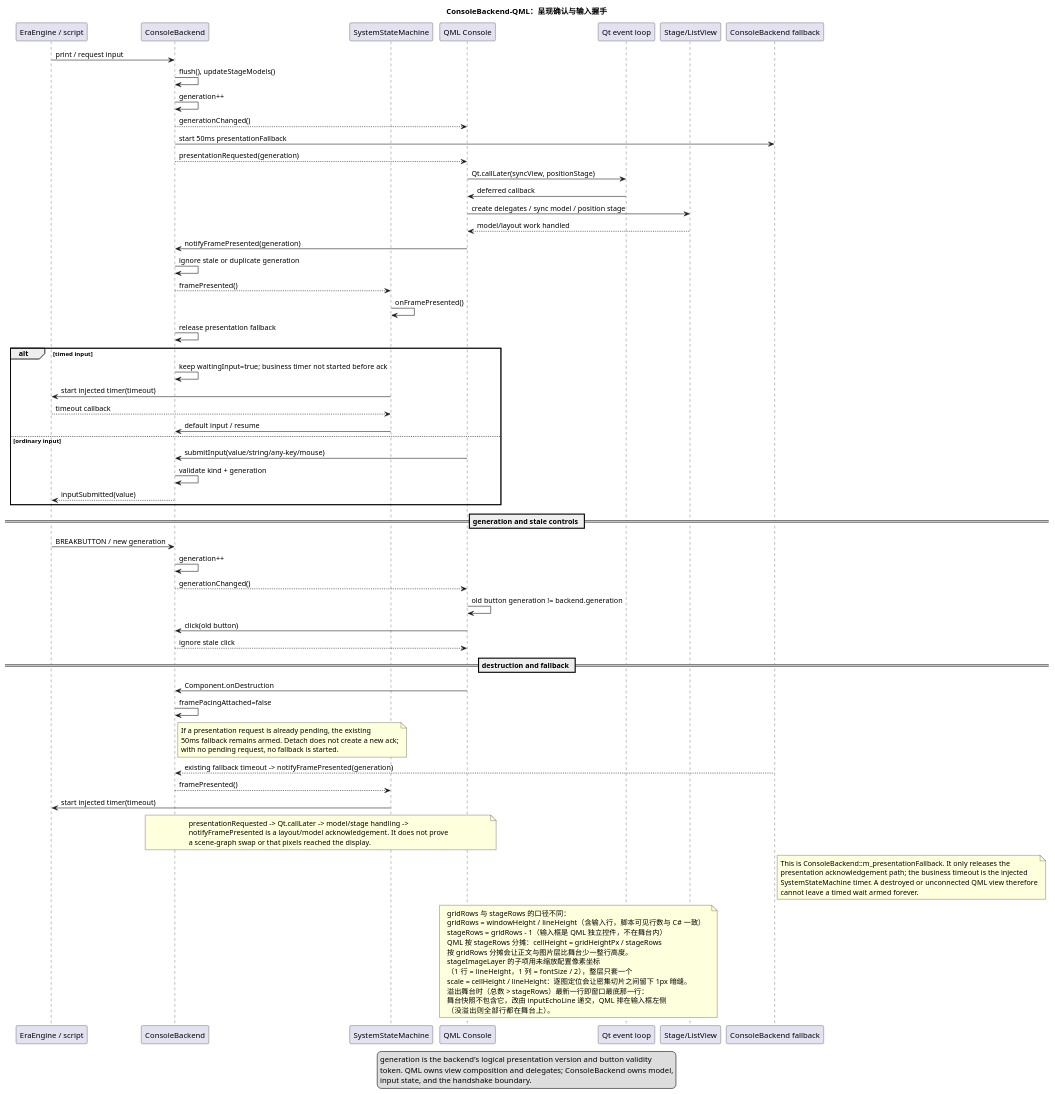
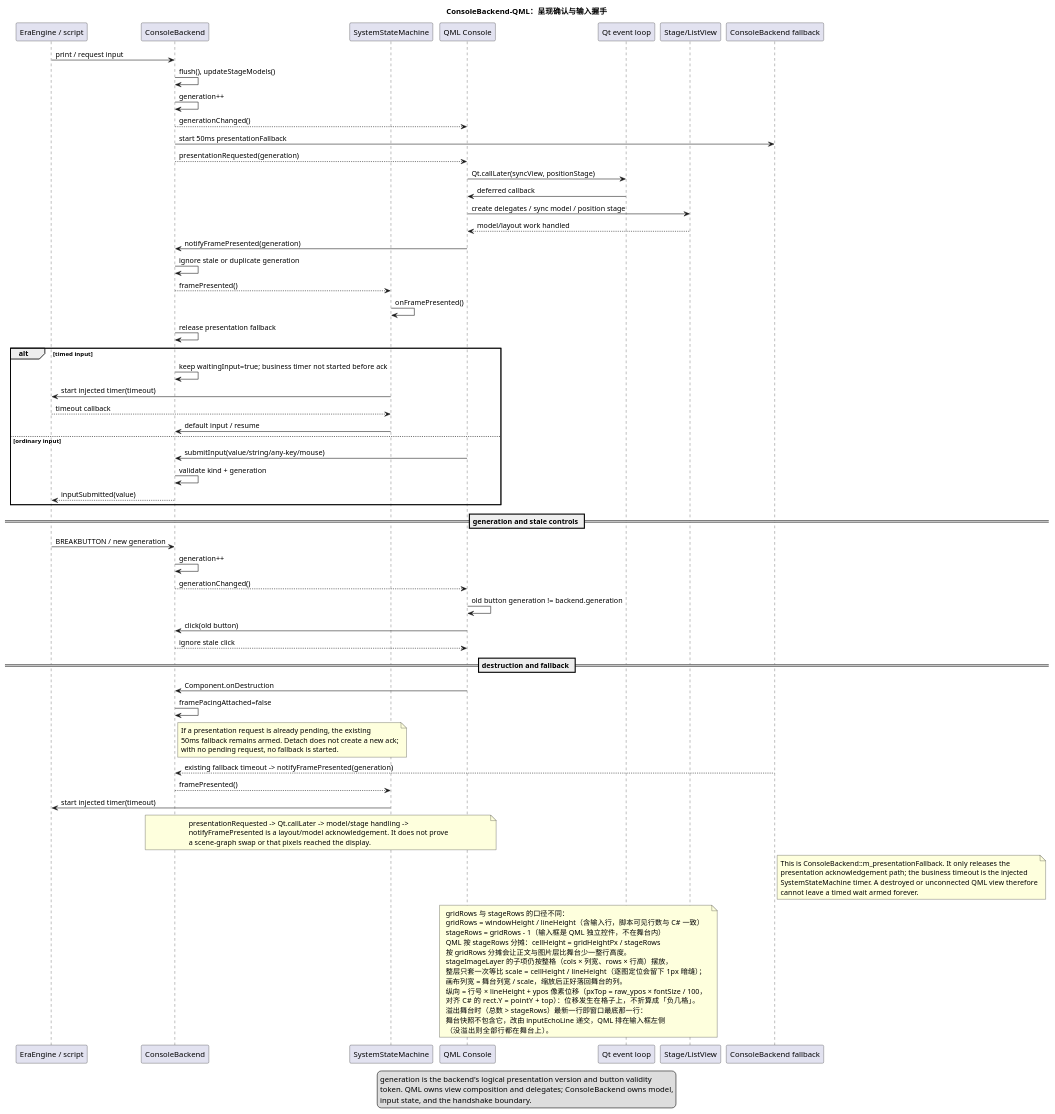
Before and after one commit to yigekuyou/qt-eraemu: the diagram in docs/uml/15-console-qml-handshake.puml, drawn with PlantUML. The commit also changed 5 other files, not shown here.

Commit message:
修复图片覆盖

```diff
--- a/docs/uml/15-console-qml-handshake.puml
+++ b/docs/uml/15-console-qml-handshake.puml
@@ -1,96 +1,98 @@
 @startuml 15-console-qml-handshake
 !pragma layout smetana
 ' ConsoleBackend 与 QML 的 presentation/input 握手。
 ' 来源：GameView/console_backend.h/.cpp, qml/Console.qml, qml/ConsoleBlock.qml
 
 title ConsoleBackend-QML：呈现确认与输入握手
 
 participant "EraEngine / script" as E
 participant "ConsoleBackend" as B
 participant "SystemStateMachine" as S
 participant "QML Console" as C
 participant "Qt event loop" as Qt
 participant "Stage/ListView" as V
 participant "ConsoleBackend fallback" as F
 
 E -> B : print / request input
 B -> B : flush(), updateStageModels()
 B -> B : generation++
 B --> C : generationChanged()
 B -> F : start 50ms presentationFallback
 B --> C : presentationRequested(generation)
 C -> Qt : Qt.callLater(syncView, positionStage)
 Qt -> C : deferred callback
 C -> V : create delegates / sync model / position stage
 V --> C : model/layout work handled
 C -> B : notifyFramePresented(generation)
 B -> B : ignore stale or duplicate generation
 B --> S : framePresented()
 S -> S : onFramePresented()
 B -> B : release presentation fallback
 
 alt timed input
   B -> B : keep waitingInput=true; business timer not started before ack
   S -> E : start injected timer(timeout)
   E --> S : timeout callback
   S -> B : default input / resume
 else ordinary input
   C -> B : submitInput(value/string/any-key/mouse)
   B -> B : validate kind + generation
   B --> E : inputSubmitted(value)
 end
 
 == generation and stale controls ==
 E -> B : BREAKBUTTON / new generation
 B -> B : generation++
 B --> C : generationChanged()
 C -> C : old button generation != backend.generation
 C -> B : click(old button)
 B --> C : ignore stale click
 
 == destruction and fallback ==
 C -> B : Component.onDestruction
 B -> B : framePacingAttached=false
 note right of B
   If a presentation request is already pending, the existing
   50ms fallback remains armed. Detach does not create a new ack;
   with no pending request, no fallback is started.
 end note
 F --> B : existing fallback timeout -> notifyFramePresented(generation)
 B --> S : framePresented()
 S -> E : start injected timer(timeout)
 
 note over B,C
   presentationRequested -> Qt.callLater -> model/stage handling ->
   notifyFramePresented is a layout/model acknowledgement. It does not prove
   a scene-graph swap or that pixels reached the display.
 end note
 
 note right of F
   This is ConsoleBackend::m_presentationFallback. It only releases the
   presentation acknowledgement path; the business timeout is the injected
   SystemStateMachine timer. A destroyed or unconnected QML view therefore
   cannot leave a timed wait armed forever.
 end note
 
 
 note over C,V
   gridRows 与 stageRows 的口径不同：
   gridRows  = windowHeight / lineHeight（含输入行，脚本可见行数与 C# 一致）
   stageRows = gridRows - 1（输入框是 QML 独立控件，不在舞台内）
   QML 按 stageRows 分摊：cellHeight = gridHeightPx / stageRows
   按 gridRows 分摊会让正文与图片层比舞台少一整行高度。
-  stageImageLayer 的子项用未缩放配置像素坐标
-  （1 行 = lineHeight，1 列 = fontSize / 2），整层只套一个
-  scale = cellHeight / lineHeight：逐图定位会让密集切片之间留下 1px 暗缝。
+  stageImageLayer 的子项仍按整格（cols × 列宽、rows × 行高）摆放，
+  整层只套一次等比 scale = cellHeight / lineHeight（逐图定位会留下 1px 暗缝）；
+  画布列宽 = 舞台列宽 / scale，缩放后正好落回舞台的列。
+  纵向 = 行号 × lineHeight + ypos 像素位移（pxTop = raw_ypos × fontSize / 100，
+  对齐 C# 的 rect.Y = pointY + top）：位移发生在格子上，不折算成「负几格」。
   溢出舞台时（总数 > stageRows）最新一行即窗口最底那一行：
   舞台快照不包含它，改由 inputEchoLine 递交，QML 排在输入框左侧
   （没溢出则全部行都在舞台上）。
 end note
 
 legend bottom
   generation is the backend's logical presentation version and button validity
   token. QML owns view composition and delegates; ConsoleBackend owns model,
   input state, and the handshake boundary.
 endlegend
 @enduml
```
